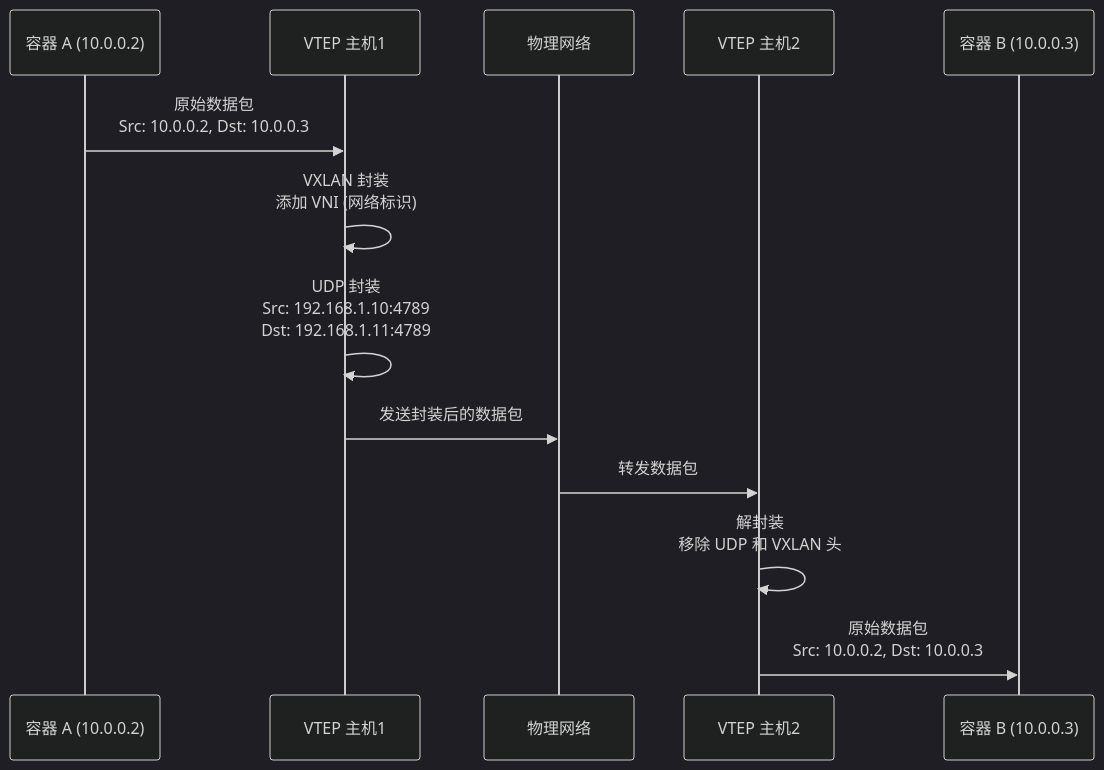
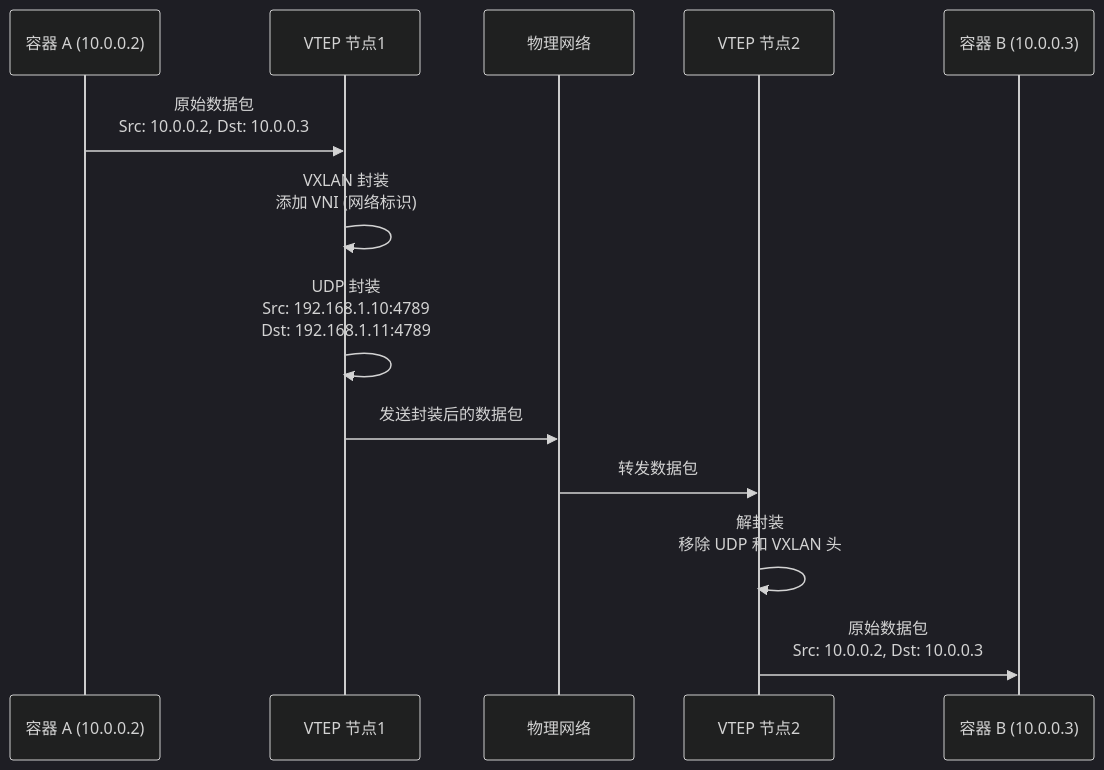
One commit to watslab/interview_doc changed the third of 3 diagrams in document/Docker/Docker 容器技术详解.md. Above: the diagram before and after it, drawn with Mermaid (dark theme). The commit also changed other lines of this file and 45 other files, not shown here.

Commit message:
更新技术文档 - Docker/Docker 容器技术详解.md    - 46 处 mermaid 图示转为 SVG 引用，配套新增 images 目录 45 张图示文件    - 补全 9.2 节 system prune 系列命令的清理范围说明    - 重写 7.6.1 节：前置 Overlay/VXLAN/VTEP/VNI 概念说明与跨节点报文路径    - 重构 7.7.2 节：补两种负载均衡方式原理说明，VIP 按 DNS/IPVS/传输三步分述    - 3.3.2 节新增内置 DNS 含义引用段，澄清节点级 DNS 与按网络隔离的解析作用域

````diff
--- a/document/Docker/Docker 容器技术详解.md
+++ b/document/Docker/Docker 容器技术详解.md
@@ -2949,16 +1877,16 @@
 ```mermaid
 sequenceDiagram
     participant CA as 容器 A (10.0.0.2)
-    participant VTEP1 as VTEP 主机1
+    participant VTEP1 as VTEP 节点1
     participant Network as 物理网络
-    participant VTEP2 as VTEP 主机2
+    participant VTEP2 as VTEP 节点2
     participant CB as 容器 B (10.0.0.3)
     
     CA->>VTEP1: 原始数据包<br/>Src: 10.0.0.2, Dst: 10.0.0.3
     VTEP1->>VTEP1: VXLAN 封装<br/>添加 VNI (网络标识)
     VTEP1->>VTEP1: UDP 封装<br/>Src: 192.168.1.10:4789<br/>Dst: 192.168.1.11:4789
     VTEP1->>Network: 发送封装后的数据包
     Network->>VTEP2: 转发数据包
     VTEP2->>VTEP2: 解封装<br/>移除 UDP 和 VXLAN 头
     VTEP2->>CB: 原始数据包<br/>Src: 10.0.0.2, Dst: 10.0.0.3
 ```
````
